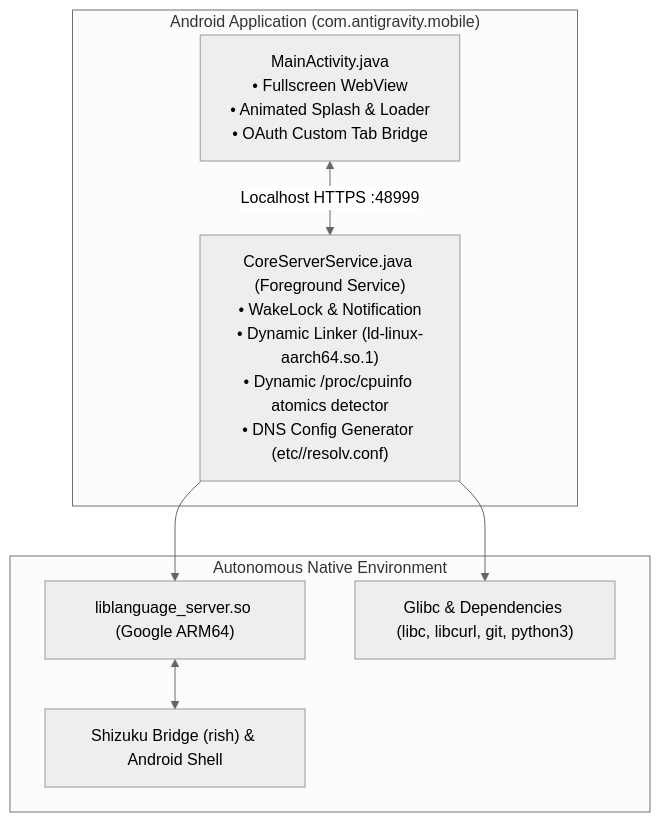
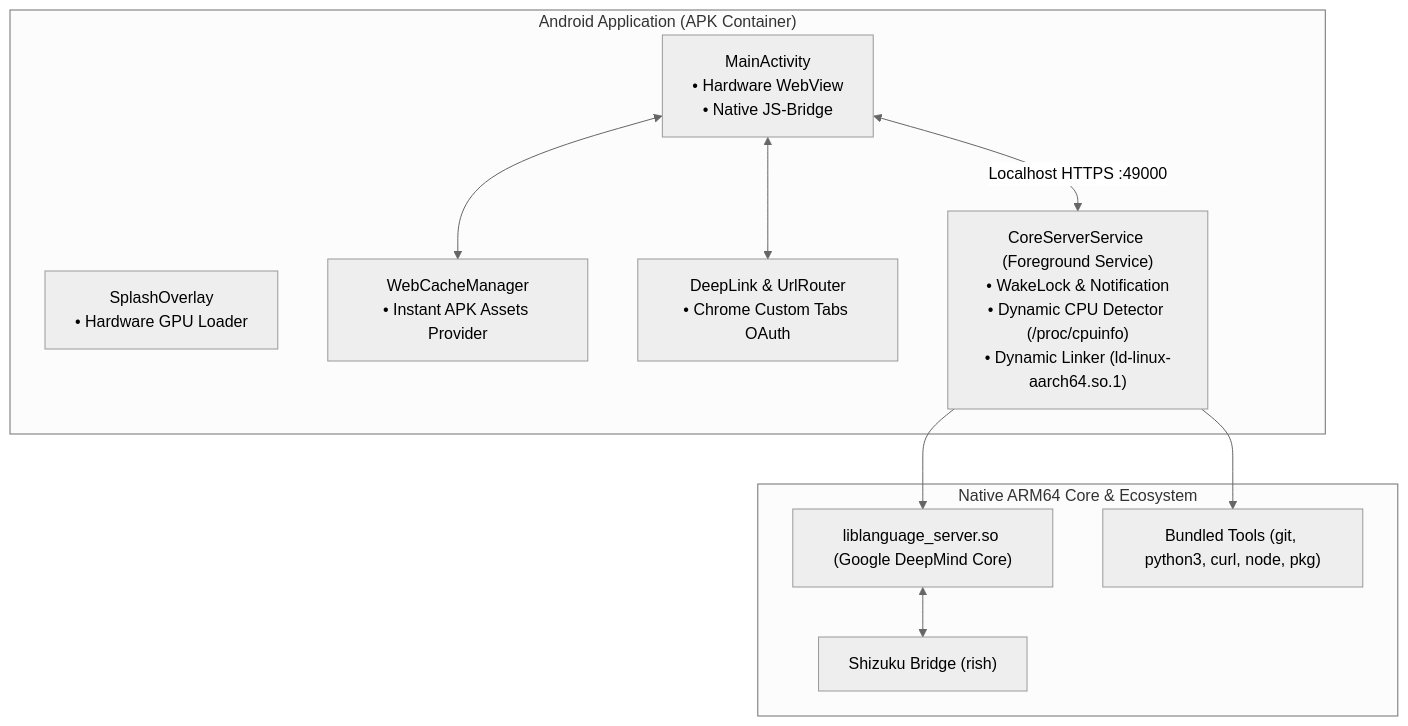
Before and after one commit to werdio325-png/antigravity-android: the diagram in README.md, drawn with Mermaid (neutral theme). The commit also changed other lines of this file and 4 other files, not shown here.

````diff
--- a/README.md
+++ b/README.md
@@ -63,17 +115,24 @@
 ```mermaid
 graph TD
-    subgraph APP["Android Application (com.antigravity.mobile)"]
-        UI["MainActivity.java<br/>• Fullscreen WebView<br/>• Animated Splash & Loader<br/>• OAuth Custom Tab Bridge"]
-        SVC["CoreServerService.java (Foreground Service)<br/>• WakeLock & Notification<br/>• Dynamic Linker (ld-linux-aarch64.so.1)<br/>• Dynamic /proc/cpuinfo atomics detector<br/>• DNS Config Generator (etc//resolv.conf)"]
-        UI <-->|Localhost HTTPS :48999| SVC
+    subgraph APP["Android Application (APK Container)"]
+        UI["MainActivity<br/>• Hardware WebView<br/>• Native JS-Bridge"]
+        SPLASH["SplashOverlay<br/>• Hardware GPU Loader"]
+        CACHE["WebCacheManager<br/>• Instant APK Assets Provider"]
+        ROUTER["DeepLink & UrlRouter<br/>• Chrome Custom Tabs OAuth"]
+        SVC["CoreServerService (Foreground Service)<br/>• WakeLock & Notification<br/>• Dynamic CPU Detector (/proc/cpuinfo)<br/>• Dynamic Linker (ld-linux-aarch64.so.1)"]
+        
+        UI <--> CACHE
+        UI <--> ROUTER
+        UI <-->|Localhost HTTPS :49000| SVC
     end
 
-    subgraph RUNTIME["Autonomous Native Environment"]
-        Core["liblanguage_server.so (Google ARM64)"]
-        Glibc["Glibc & Dependencies (libc, libcurl, git, python3)"]
-        Bridge["Shizuku Bridge (rish) & Android Shell"]
-        SVC --> Core
-        SVC --> Glibc
-        Core <--> Bridge
+    subgraph SYSTEM["Native ARM64 Core & Ecosystem"]
+        CORE["liblanguage_server.so (Google DeepMind Core)"]
+        TOOLS["Bundled Tools (git, python3, curl, node, pkg)"]
+        SHIZUKU["Shizuku Bridge (rish)"]
+        
+        SVC --> CORE
+        SVC --> TOOLS
+        CORE <--> SHIZUKU
     end
 ```
````
